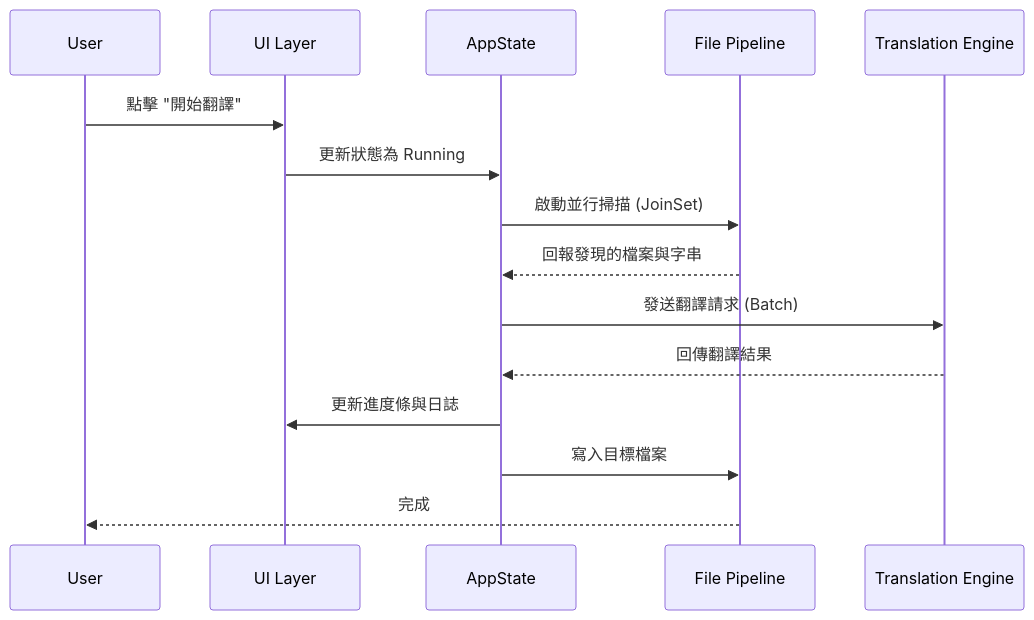
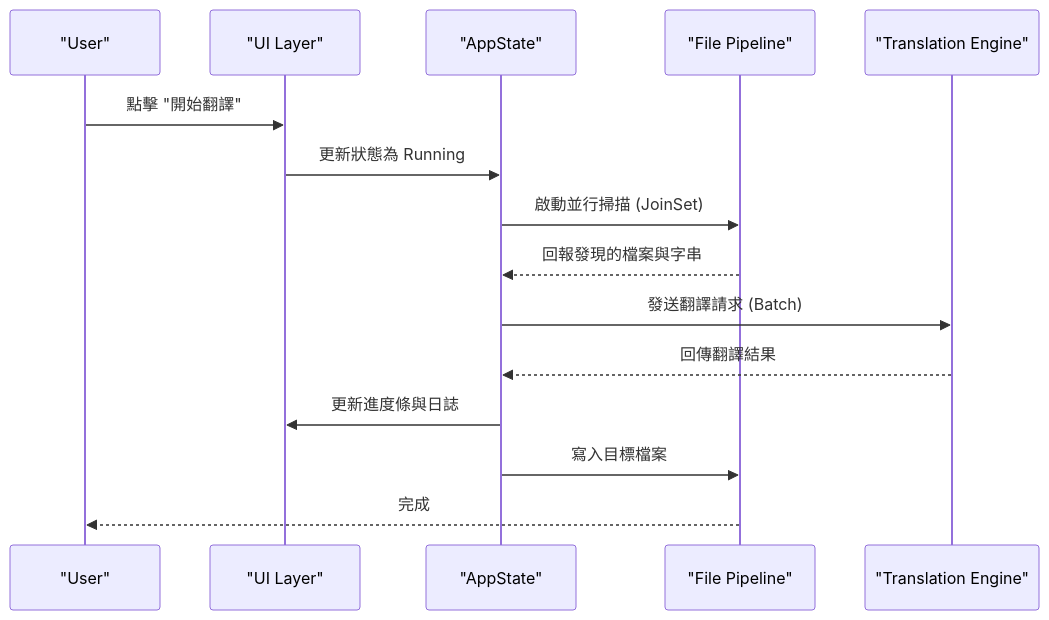
One commit to mn12345678910/mc_translator changed the second of 2 diagrams in docs/architecture/overview.md. Above: the diagram before and after it, drawn with Mermaid. The commit also changed other lines of this file and 3 other files, not shown here.

Commit message:
修復：優化文檔內 Mermaid 語法，為含有空格與特殊字元的標籤加上引號

````diff
--- a/docs/architecture/overview.md
+++ b/docs/architecture/overview.md
@@ -36,18 +36,18 @@
 ```mermaid
 sequenceDiagram
-    participant U as User
-    participant UI as UI Layer
-    participant S as AppState
-    participant F as File Pipeline
-    participant T as Translation Engine
+    participant U as "User"
+    participant UI as "UI Layer"
+    participant S as "AppState"
+    participant F as "File Pipeline"
+    participant T as "Translation Engine"
     
     U->>UI: 點擊 "開始翻譯"
     UI->>S: 更新狀態為 Running
     S->>F: 啟動並行掃描 (JoinSet)
     F-->>S: 回報發現的檔案與字串
     S->>T: 發送翻譯請求 (Batch)
     T-->>S: 回傳翻譯結果
     S->>UI: 更新進度條與日誌
     S->>F: 寫入目標檔案
     F-->>U: 完成
 ```
````
